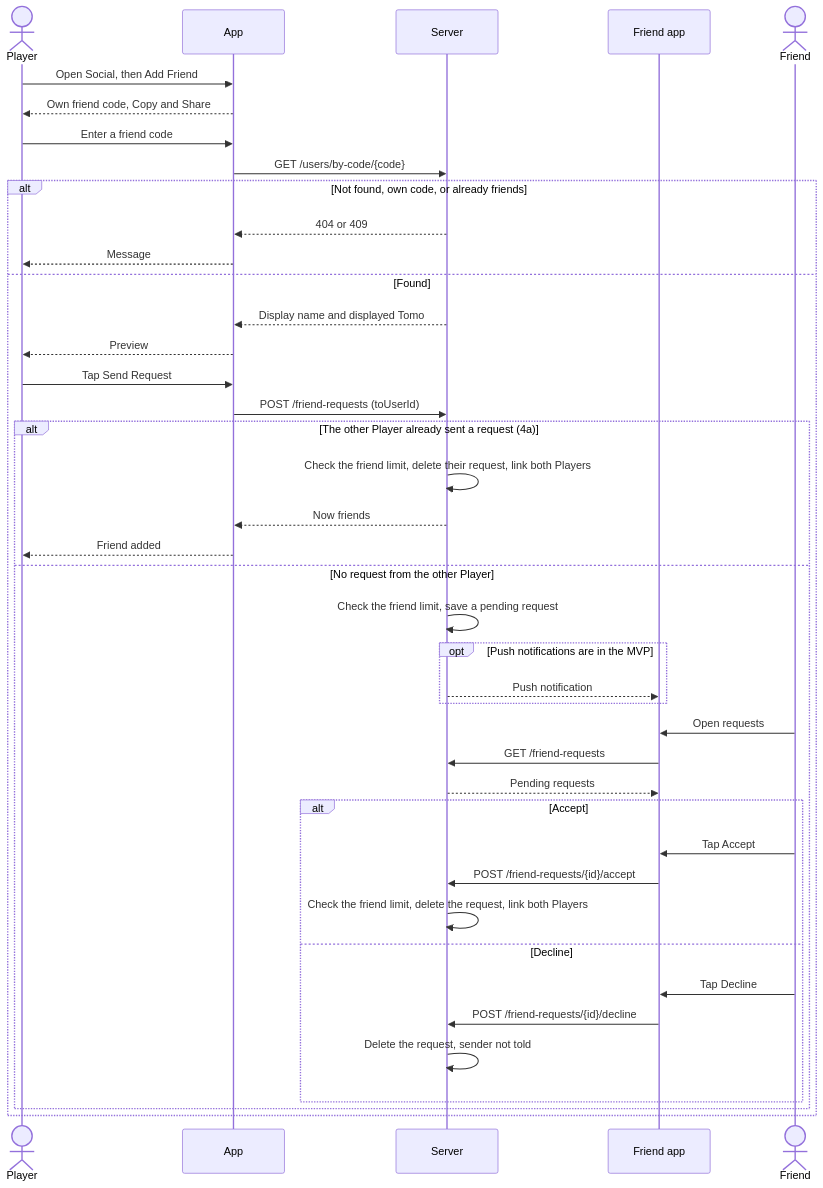
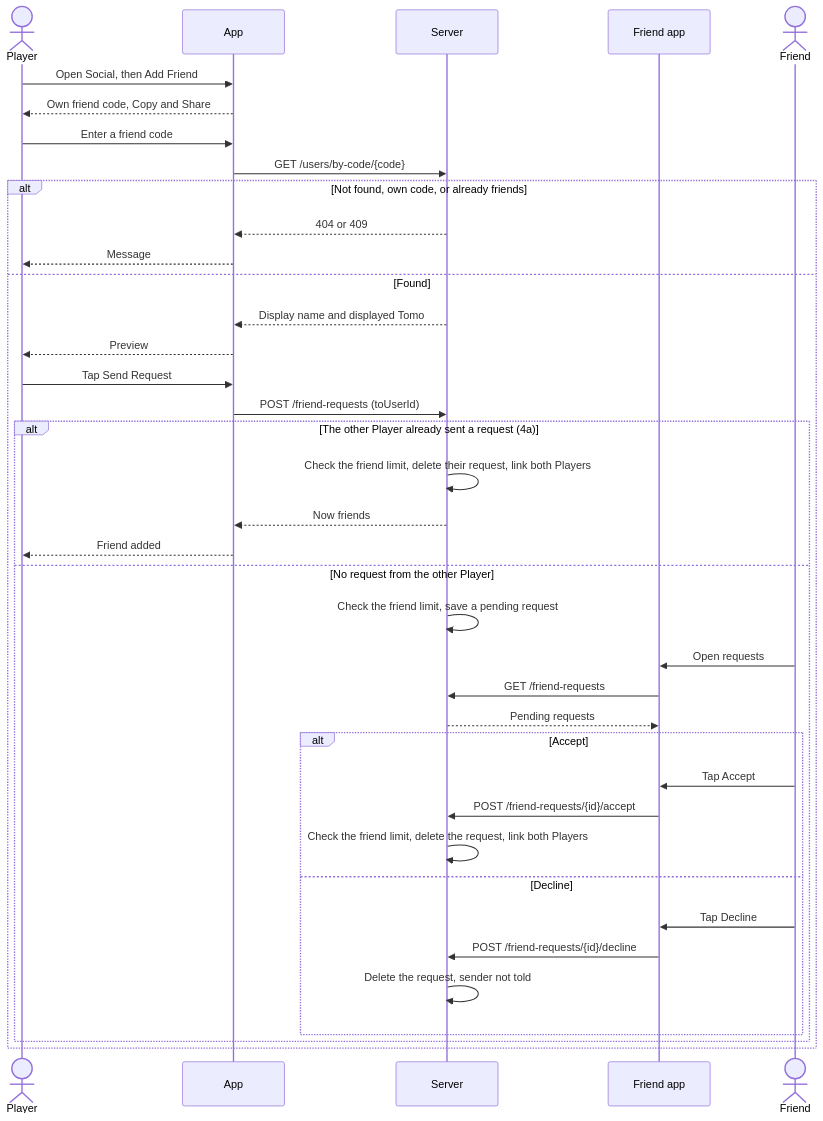
One commit to zhangs-tech/runtomo changed the diagram in docs/usecases/UC-15-add-friend.md. Above: the diagram before and after it, drawn with Mermaid. The commit also changed other lines of this file and 10 other files, not shown here.

````diff
--- a/docs/usecases/UC-15-add-friend.md
+++ b/docs/usecases/UC-15-add-friend.md
@@ -64,44 +64,41 @@
 ```mermaid
 sequenceDiagram
     actor P as Player
     participant A as App
     participant S as Server
     participant B as Friend app
     actor F as Friend
 
     P->>A: Open Social, then Add Friend
     A-->>P: Own friend code, Copy and Share
     P->>A: Enter a friend code
     A->>S: GET /users/by-code/{code}
     alt Not found, own code, or already friends
         S-->>A: 404 or 409
         A-->>P: Message
     else Found
         S-->>A: Display name and displayed Tomo
         A-->>P: Preview
         P->>A: Tap Send Request
         A->>S: POST /friend-requests (toUserId)
         alt The other Player already sent a request (4a)
             S->>S: Check the friend limit, delete their request, link both Players
             S-->>A: Now friends
             A-->>P: Friend added
         else No request from the other Player
             S->>S: Check the friend limit, save a pending request
-            opt Push notifications are in the MVP
-                S-->>B: Push notification
-            end
             F->>B: Open requests
             B->>S: GET /friend-requests
             S-->>B: Pending requests
             alt Accept
                 F->>B: Tap Accept
                 B->>S: POST /friend-requests/{id}/accept
                 S->>S: Check the friend limit, delete the request, link both Players
             else Decline
                 F->>B: Tap Decline
                 B->>S: POST /friend-requests/{id}/decline
                 S->>S: Delete the request, sender not told
             end
         end
     end
 ```
````
